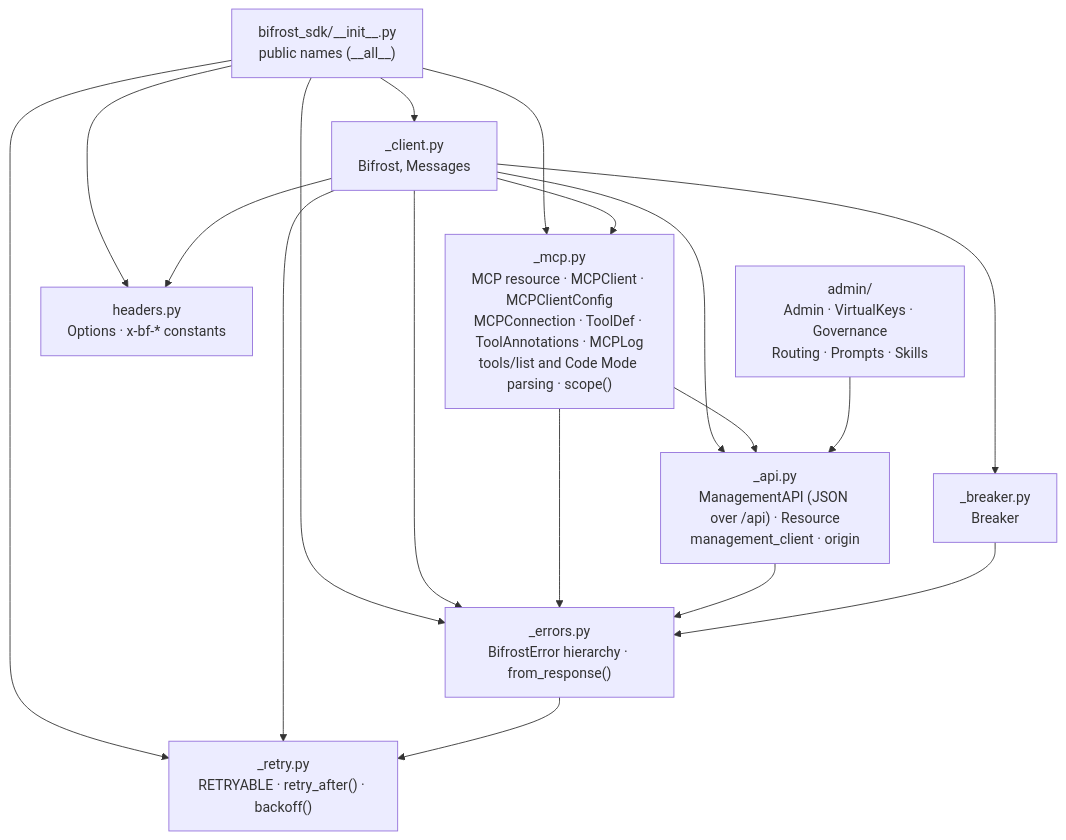
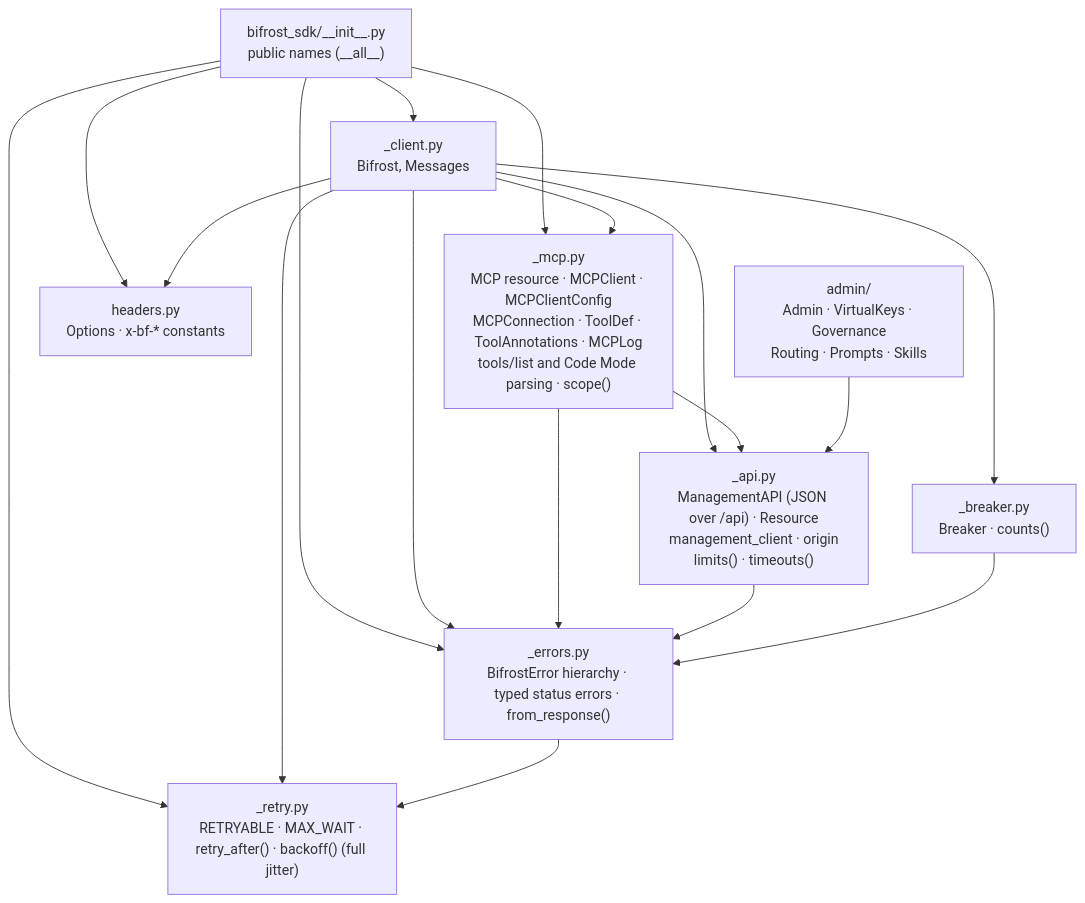
One commit to amitmohapatra/bifrost-sdk changed the second of 8 diagrams in docs/ARCHITECTURE.md. Above: the diagram before and after it, drawn with Mermaid. The commit also changed other lines of this file and 13 other files, not shown here.

````diff
--- a/docs/ARCHITECTURE.md
+++ b/docs/ARCHITECTURE.md
@@ -64,30 +64,30 @@
 ```mermaid
 flowchart TB
     init["bifrost_sdk/__init__.py<br/>public names (__all__)"]
     client["_client.py<br/>Bifrost, Messages"]
     mcp["_mcp.py<br/>MCP resource · MCPClient · MCPClientConfig<br/>MCPConnection · ToolDef · ToolAnnotations · MCPLog<br/>tools/list and Code Mode parsing · scope()"]
     headers["headers.py<br/>Options · x-bf-* constants"]
-    api["_api.py<br/>ManagementAPI (JSON over /api) · Resource<br/>management_client · origin"]
-    retry["_retry.py<br/>RETRYABLE · retry_after() · backoff()"]
-    errors["_errors.py<br/>BifrostError hierarchy · from_response()"]
-    breaker["_breaker.py<br/>Breaker"]
+    api["_api.py<br/>ManagementAPI (JSON over /api) · Resource<br/>management_client · origin<br/>limits() · timeouts()"]
+    retry["_retry.py<br/>RETRYABLE · MAX_WAIT · retry_after() · backoff() (full jitter)"]
+    errors["_errors.py<br/>BifrostError hierarchy · typed status errors · from_response()"]
+    breaker["_breaker.py<br/>Breaker · counts()"]
     adminpkg["admin/<br/>Admin · VirtualKeys · Governance<br/>Routing · Prompts · Skills"]
 
     init --> client
     init --> mcp
     init --> headers
     init --> errors
     init --> retry
     client --> mcp
     client --> headers
     client --> api
     client --> breaker
     client --> retry
     client --> errors
     mcp --> api
     mcp --> errors
     adminpkg --> api
     api --> errors
     breaker --> errors
     errors --> retry
 ```
````
